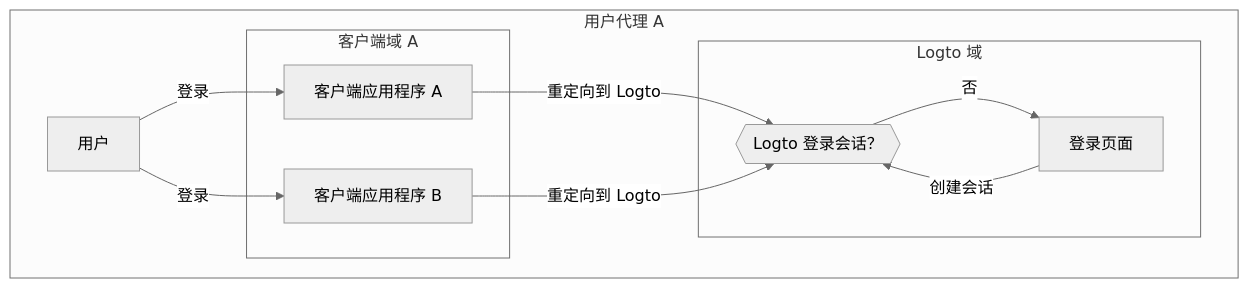
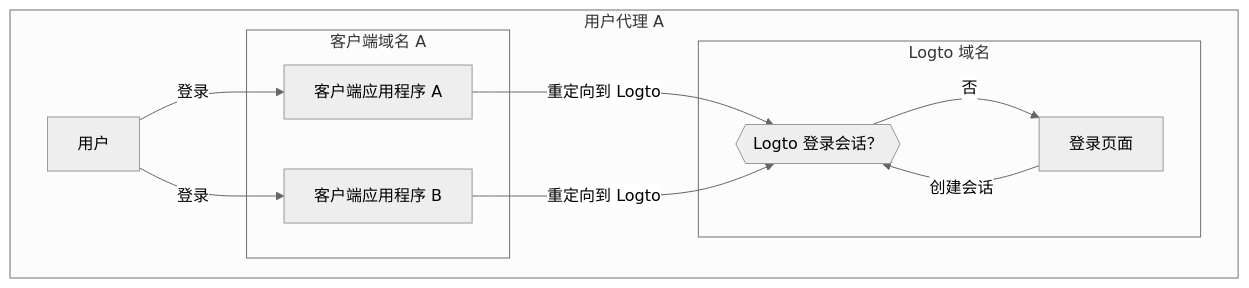
One commit to logto-io/docs changed the second of 3 diagrams in i18n/zh-CN/docusaurus-plugin-content-docs/current/end-user-flows/sign-out.mdx. Above: the diagram before and after it, drawn with Mermaid (neutral theme). The commit also changed other lines of this file and 67 other files, not shown here.

````diff
--- a/i18n/zh-CN/docusaurus-plugin-content-docs/current/end-user-flows/sign-out.mdx
+++ b/i18n/zh-CN/docusaurus-plugin-content-docs/current/end-user-flows/sign-out.mdx
@@ -59,26 +59,26 @@
    ```mermaid
     flowchart TD
     subgraph User [用户代理 A]
       U[用户]
 
-      subgraph Layer1 [客户端域 A]
+      subgraph Layer1 [客户端域名 A]
         A[客户端应用程序 A]
       end
 
-      subgraph Layer1 [客户端域 B]
+      subgraph Layer1 [客户端域名 B]
         B[客户端应用程序 B]
       end
 
-      subgraph Layer2 [Logto 域]
+      subgraph Layer2 [Logto 域名]
           C{{Logto 登录会话？}}
           D[登录页面]
       end
     end
 
     U --> |登录| A
     A --> |重定向到 Logto| C
     U --> |登录| B
     B --> |重定向到 Logto| C
     C --> |否| D
     D --> |创建会话| C
    ```
````
